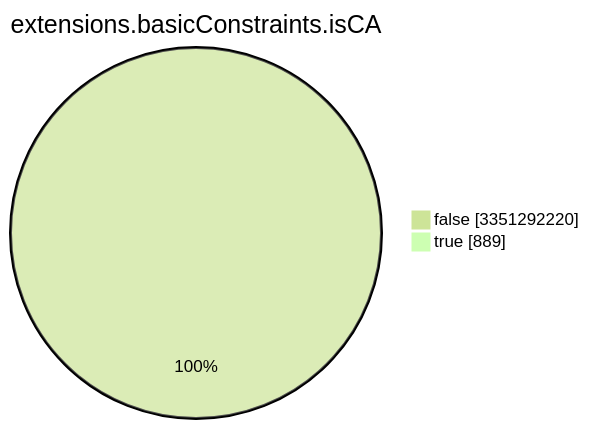
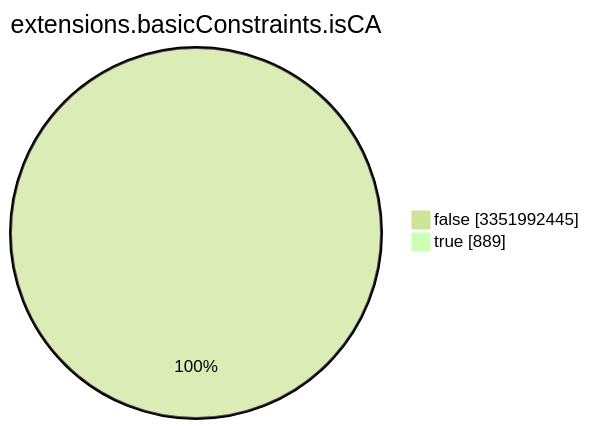
One commit to christiankrug/ctmonitor_visualization changed the seventh of 15 diagrams in TOTAL/README.md. Above: the diagram before and after it, drawn with Mermaid (forest theme). The commit also changed other lines of this file, not shown here.

````diff
--- a/TOTAL/README.md
+++ b/TOTAL/README.md
@@ -3089,6 +3089,6 @@
 ```mermaid
 pie showData
 title extensions.basicConstraints.isCA
-"false" :3351292220
+"false" :3351992445
 "true" :889
 ```
````
